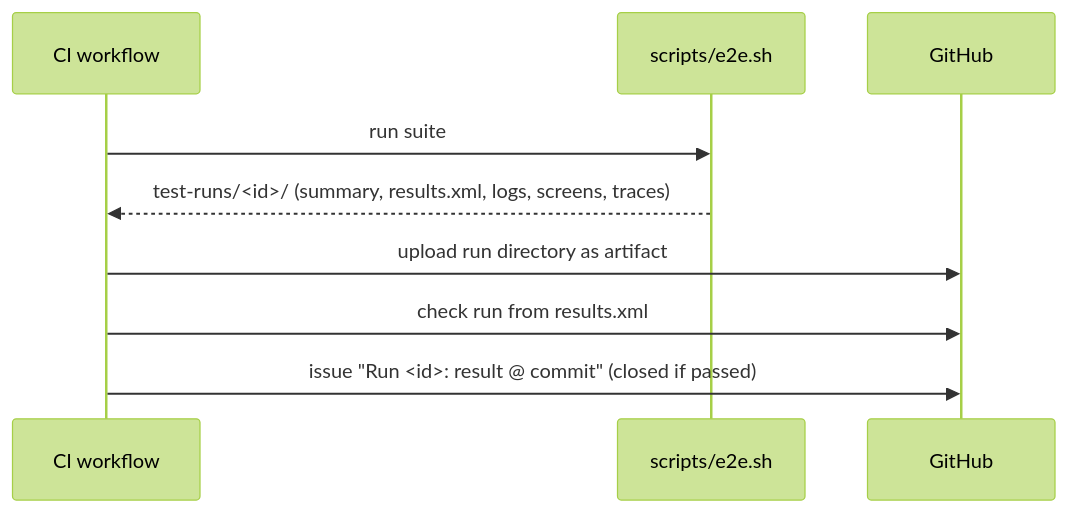
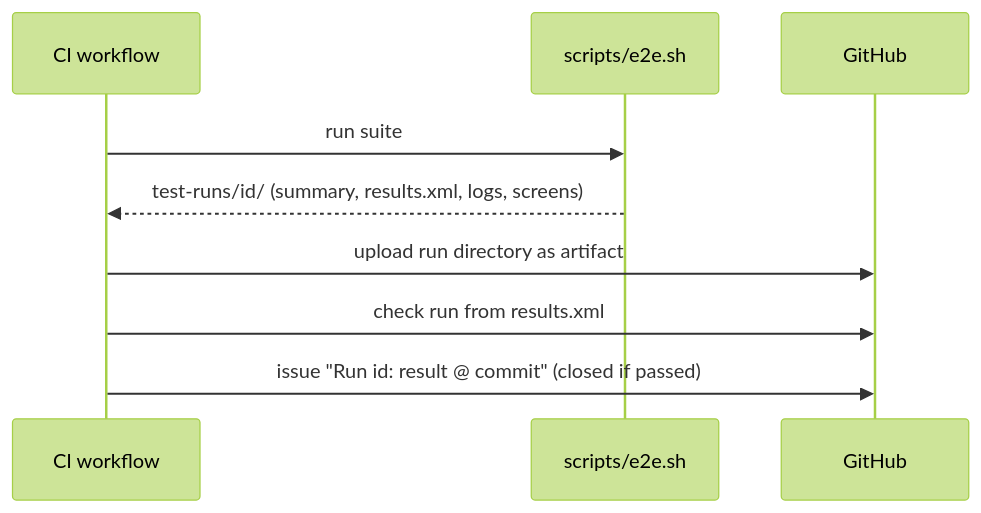
The second of 3 diagrams in docs/testing.md (notmarkopadjen/muxway-android), drawn with Mermaid (forest theme) before and after one commit. The commit also changed other lines of this file and 1 other file, not shown here.

````diff
--- a/docs/testing.md
+++ b/docs/testing.md
@@ -60,11 +63,11 @@
 ```mermaid
 sequenceDiagram
     participant CI as CI workflow
     participant E as scripts/e2e.sh
     participant GH as GitHub
     CI->>E: run suite
-    E-->>CI: test-runs/<id>/ (summary, results.xml, logs, screens, traces)
+    E-->>CI: test-runs/id/ (summary, results.xml, logs, screens)
     CI->>GH: upload run directory as artifact
     CI->>GH: check run from results.xml
-    CI->>GH: issue "Run <id>: result @ commit" (closed if passed)
+    CI->>GH: issue "Run id: result @ commit" (closed if passed)
 ```
````
